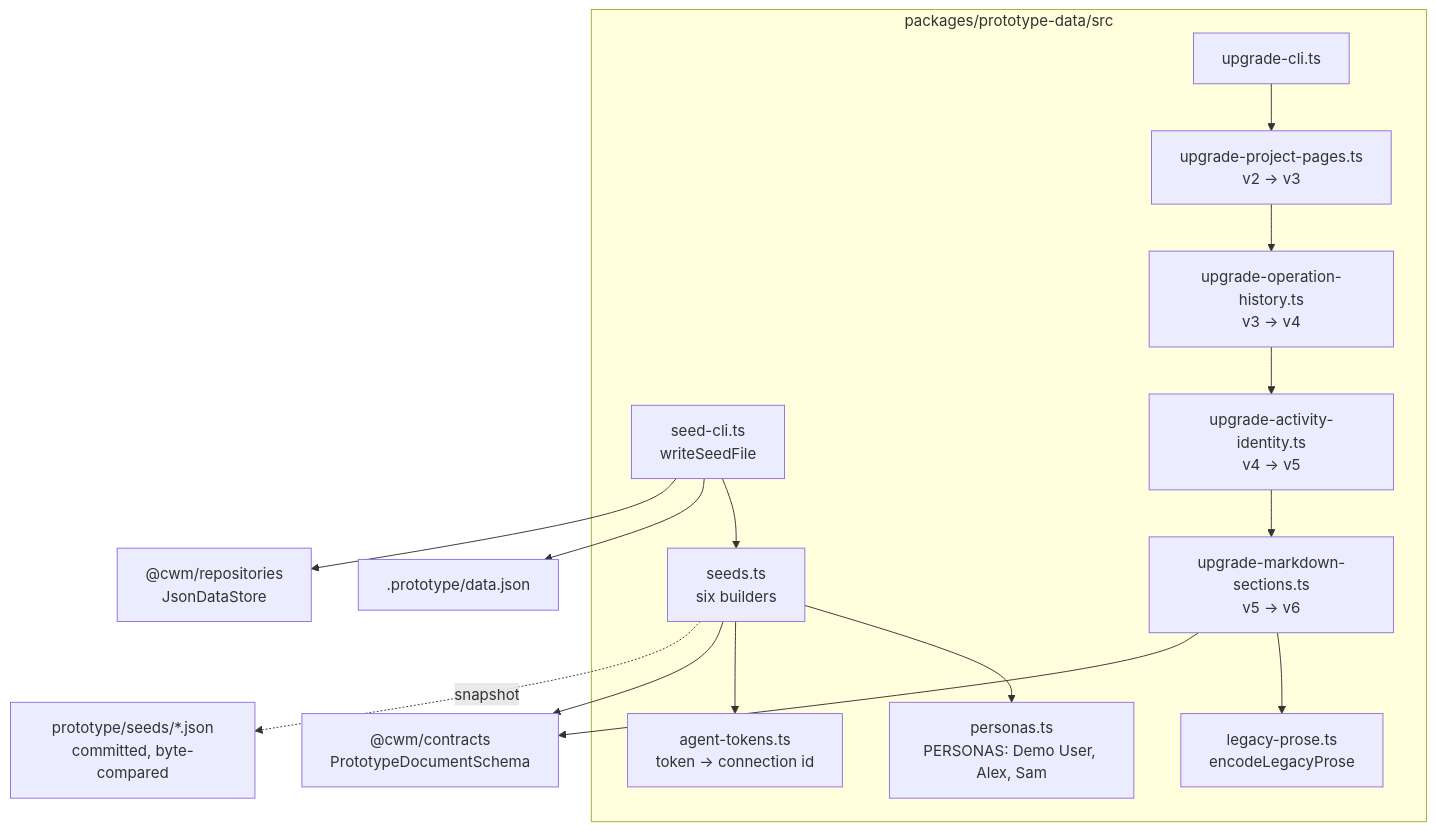
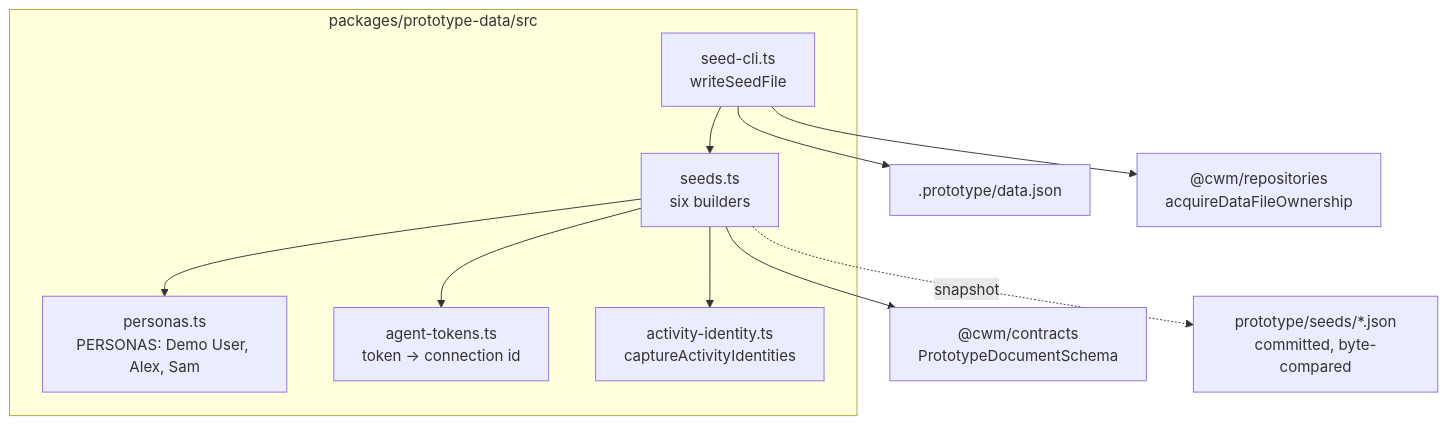
Before and after one commit to CalciteDragon/Canvas-work-manager-prototype: the diagram in docs/architecture/prototype-data/what.md, drawn with Mermaid. The commit also changed other lines of this file and 142 other files, not shown here.

````diff
--- a/docs/architecture/prototype-data/what.md
+++ b/docs/architecture/prototype-data/what.md
@@ -5,29 +5,22 @@
 ```mermaid
 flowchart TB
   subgraph src["packages/prototype-data/src"]
     personas["personas.ts<br/>PERSONAS: Demo User, Alex, Sam"]
     tokens["agent-tokens.ts<br/>token → connection id"]
     seeds["seeds.ts<br/>six builders"]
     seedcli["seed-cli.ts<br/>writeSeedFile"]
-    upgrade3["upgrade-project-pages.ts<br/>v2 → v3"]
-    upgrade4["upgrade-operation-history.ts<br/>v3 → v4"]
-    upgrade5["upgrade-activity-identity.ts<br/>v4 → v5"]
-    upgrade6["upgrade-markdown-sections.ts<br/>v5 → v6"]
-    prose["legacy-prose.ts<br/>encodeLegacyProse"]
-    upcli["upgrade-cli.ts"]
+    identity["activity-identity.ts<br/>captureActivityIdentities"]
   end
   contracts["@cwm/contracts<br/>PrototypeDocumentSchema"]
   snapshots["prototype/seeds/*.json<br/>committed, byte-compared"]
   data[".prototype/data.json"]
-  store["@cwm/repositories<br/>JsonDataStore"]
+  store["@cwm/repositories<br/>acquireDataFileOwnership"]
   seeds --> personas
   seeds --> tokens
   seeds --> contracts
+  seeds --> identity
   seedcli --> seeds
   seedcli --> data
   seedcli --> store
-  upcli --> upgrade3 --> upgrade4 --> upgrade5 --> upgrade6
-  upgrade6 --> prose
-  upgrade6 --> contracts
   seeds -. "snapshot" .-> snapshots
 ```
````
